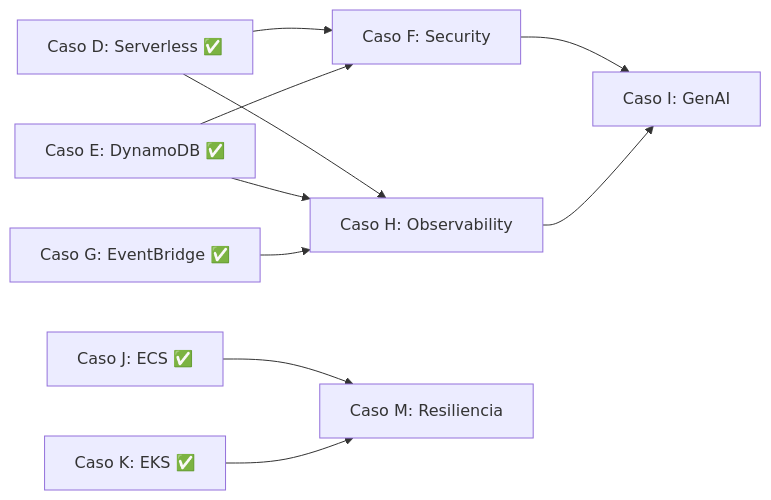
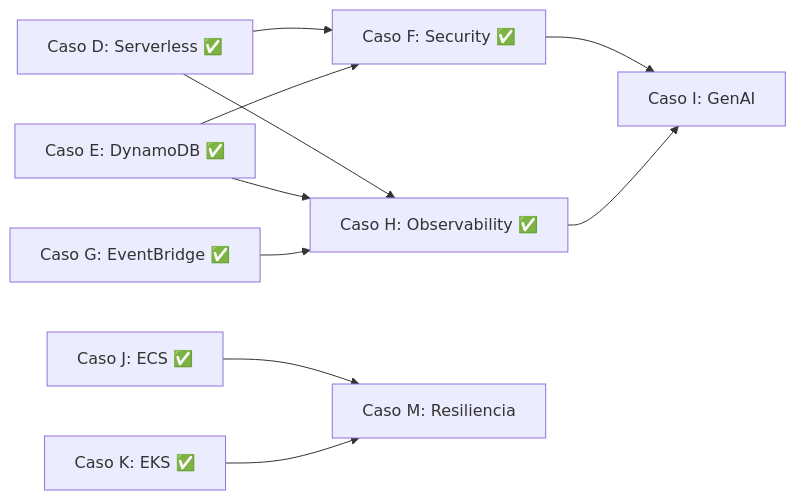
The diagram in docs/PROYECTADOS_ANALISIS.md (vladimiracunadev-create/proyectos-aws), drawn with Mermaid before and after one commit. The commit also changed other lines of this file and 5 other files, not shown here.

````diff
--- a/docs/PROYECTADOS_ANALISIS.md
+++ b/docs/PROYECTADOS_ANALISIS.md
@@ -108,12 +108,12 @@
 ```mermaid
 graph LR
-    D[Caso D: Serverless ✅] --> F[Caso F: Security]
+    D[Caso D: Serverless ✅] --> F[Caso F: Security ✅]
     E[Caso E: DynamoDB ✅]  --> F
-    D                       --> H[Caso H: Observability]
+    D                       --> H[Caso H: Observability ✅]
     E                       --> H
     G[Caso G: EventBridge ✅] --> H
     J[Caso J: ECS ✅]       --> M[Caso M: Resiliencia]
     K[Caso K: EKS ✅]       --> M
     F                       --> I[Caso I: GenAI]
     H                       --> I
 ```
````
